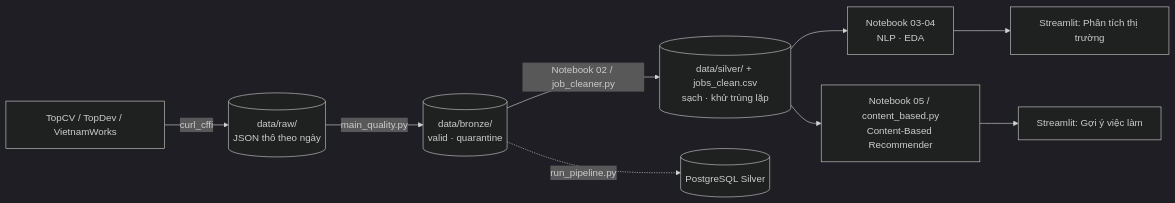
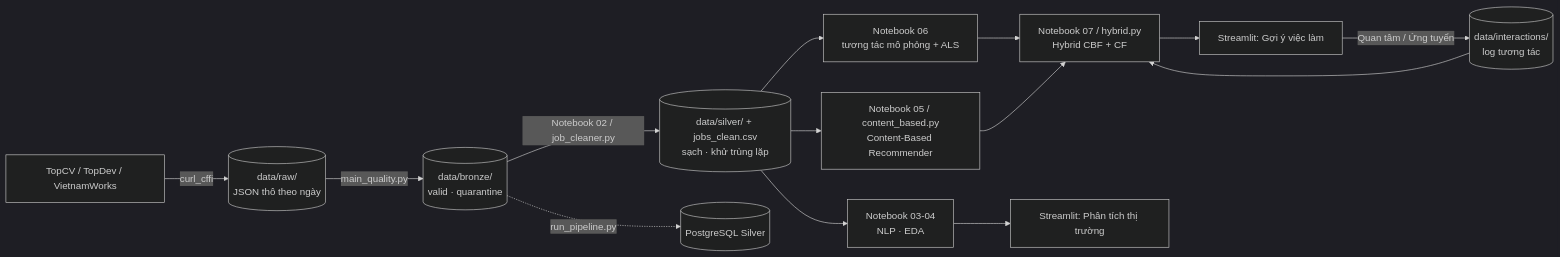
Before and after one commit to doanquangminh14/IT-Job-Market-Intelligence: the diagram in README.md, drawn with Mermaid (dark theme). The commit also changed other lines of this file and 1 other file, not shown here.

Commit message:
docs: thêm Hybrid CBF + CF (notebook 07, Streamlit) vào README

````diff
--- a/README.md
+++ b/README.md
@@ -23,11 +23,16 @@
 ```mermaid
 flowchart LR
     A[TopCV / TopDev / VietnamWorks] -->|curl_cffi| B[(data/raw/<br/>JSON thô theo ngày)]
     B -->|main_quality.py| C[(data/bronze/<br/>valid · quarantine)]
     C -->|Notebook 02 / job_cleaner.py| D[(data/silver/ + jobs_clean.csv<br/>sạch · khử trùng lặp)]
     C -.->|run_pipeline.py| P[(PostgreSQL Silver)]
     D --> E[Notebook 03-04<br/>NLP · EDA]
     D --> F[Notebook 05 / content_based.py<br/>Content-Based Recommender]
+    D --> S[Notebook 06<br/>tương tác mô phỏng + ALS]
+    S --> HY[Notebook 07 / hybrid.py<br/>Hybrid CBF + CF]
+    F --> HY
     E --> G[Streamlit: Phân tích thị trường]
-    F --> H[Streamlit: Gợi ý việc làm]
+    HY --> H[Streamlit: Gợi ý việc làm]
+    H -->|Quan tâm / Ứng tuyển| L[(data/interactions/<br/>log tương tác)]
+    L --> HY
 ```
````
